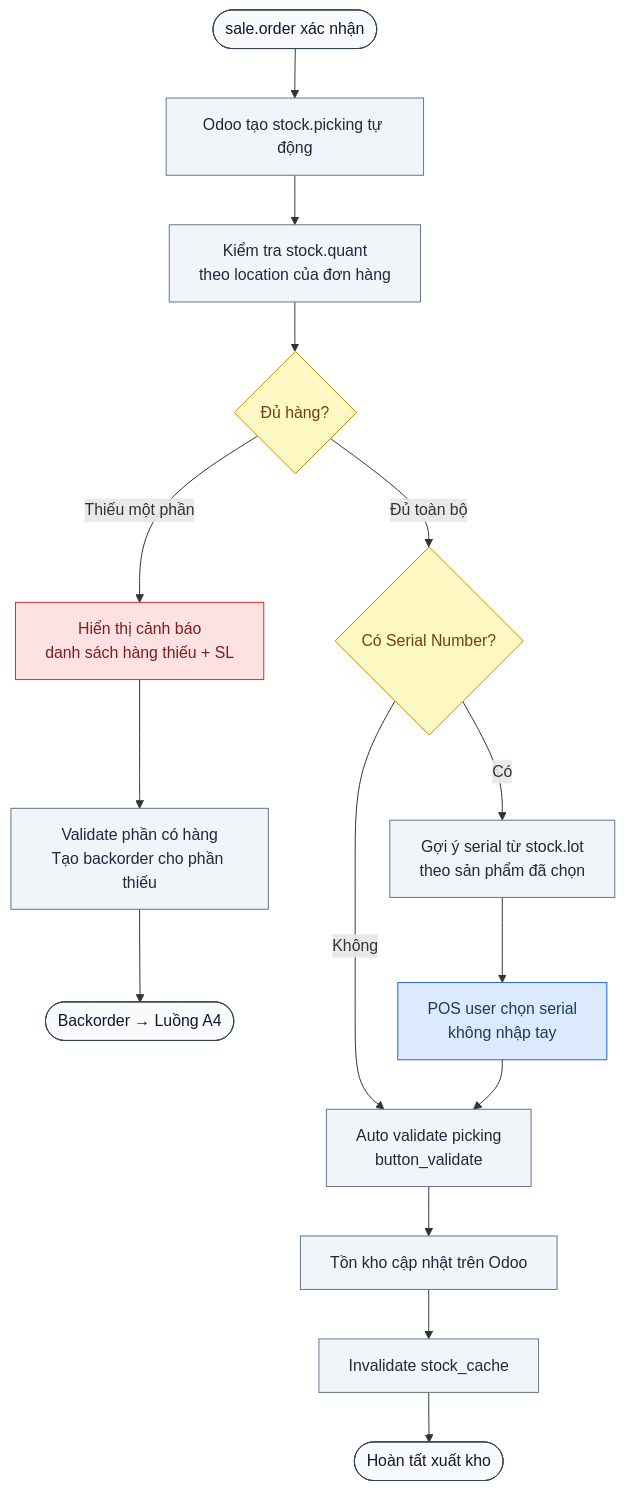
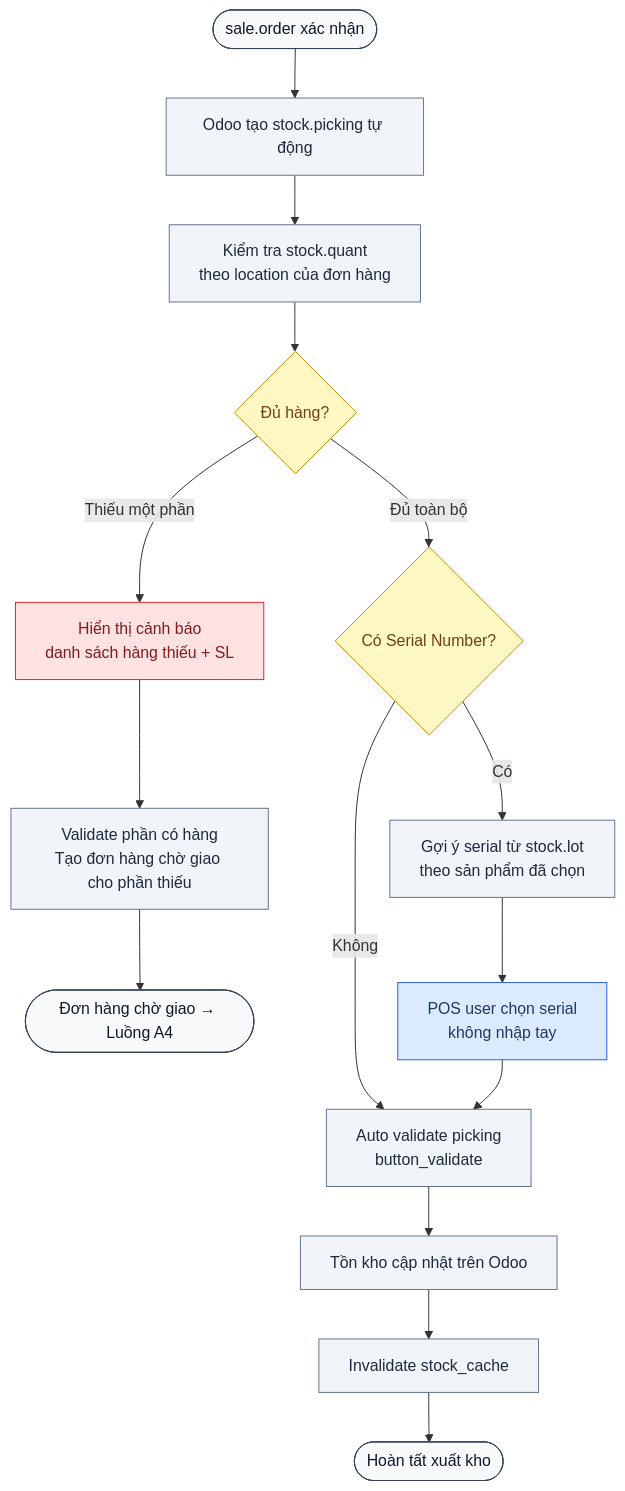
Before and after one commit to ngohuuduc/VJ_mobile_POS: the fourth of 20 diagrams in process_flow.md, drawn with Mermaid. The commit also changed other lines of this file and 1 other file, not shown here.

First line of the commit message:
docs: backorder → đơn hàng giao sau / đơn hàng chờ giao

````diff
--- a/process_flow.md
+++ b/process_flow.md
@@ -305,24 +305,24 @@
 ```mermaid
 flowchart TD
     classDef user fill:#DBEAFE,stroke:#2563EB,color:#1e3a5f
     classDef system fill:#F1F5F9,stroke:#64748B,color:#1e293b
     classDef accountant fill:#CCFBF1,stroke:#0D9488,color:#134E4A
     classDef decision fill:#FEF9C3,stroke:#CA8A04,color:#713f12
     classDef terminal fill:#F8FAFC,stroke:#334155,color:#0f172a
     classDef warning fill:#FEE2E2,stroke:#DC2626,color:#7f1d1d
 
     A([sale.order xác nhận]):::terminal --> B[Odoo tạo stock.picking tự động]:::system
     B --> C[Kiểm tra stock.quant\ntheo location của đơn hàng]:::system
     C --> D{Đủ hàng?}:::decision
     D -- Đủ toàn bộ --> E{Có Serial Number?}:::decision
     D -- Thiếu một phần --> F[Hiển thị cảnh báo\ndanh sách hàng thiếu + SL]:::warning
-    F --> G[Validate phần có hàng\nTạo backorder cho phần thiếu]:::system
-    G --> H([Backorder → Luồng A4]):::terminal
+    F --> G[Validate phần có hàng\nTạo đơn hàng chờ giao cho phần thiếu]:::system
+    G --> H([Đơn hàng chờ giao → Luồng A4]):::terminal
     E -- Không --> I[Auto validate picking\nbutton_validate]:::system
     E -- Có --> J[Gợi ý serial từ stock.lot\ntheo sản phẩm đã chọn]:::system
     J --> K[POS user chọn serial\nkhông nhập tay]:::user
     K --> I
     I --> L[Tồn kho cập nhật trên Odoo]:::system
     L --> M[Invalidate stock_cache]:::system
     M --> N([Hoàn tất xuất kho]):::terminal
 ```
````
